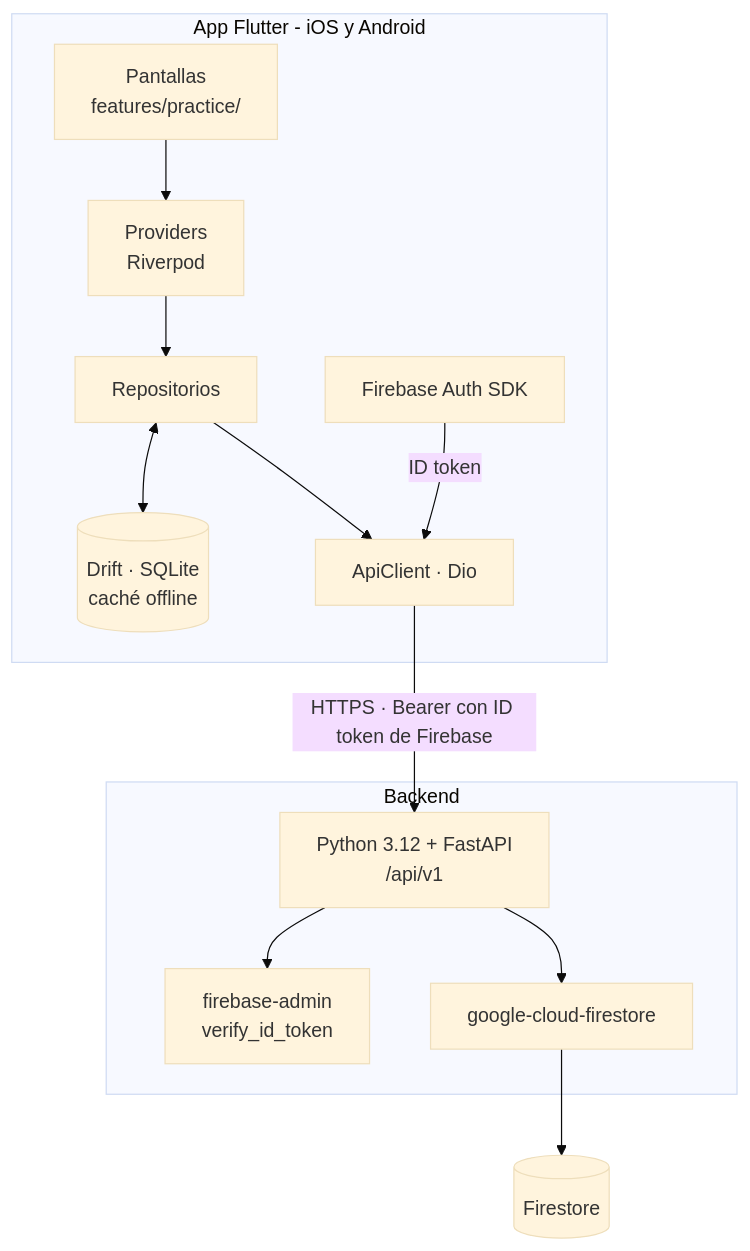
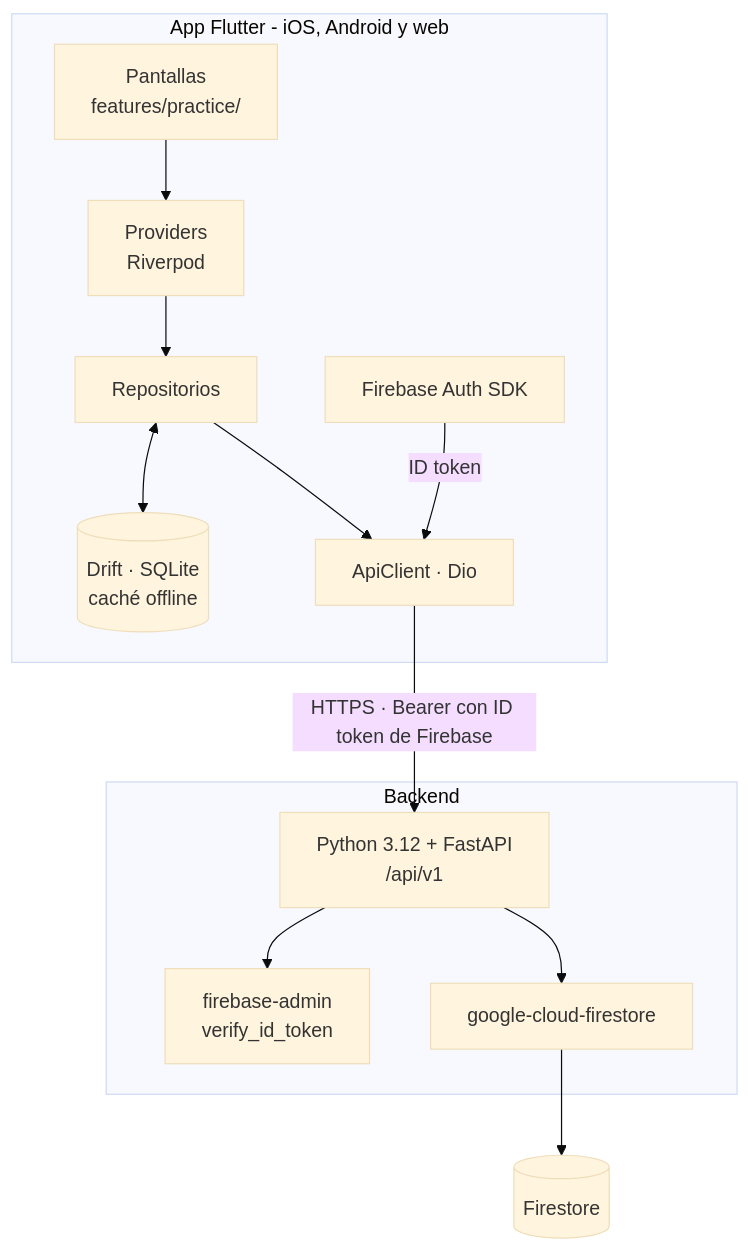
Before and after one commit to Jere4k1080/aprueba_app_modulo_preguntas: the diagram in README.md, drawn with Mermaid (base theme). The commit also changed other lines of this file and 9 other files, not shown here.

````diff
--- a/README.md
+++ b/README.md
@@ -140,29 +147,29 @@
 ```mermaid
 flowchart TD
-    subgraph client["App Flutter - iOS y Android"]
+    subgraph client["App Flutter - iOS, Android y web"]
         UI["Pantallas<br/>features/practice/"]
         PROV["Providers<br/>Riverpod"]
         REPO["Repositorios"]
         CACHE[("Drift · SQLite<br/>caché offline")]
         API["ApiClient · Dio"]
         FBA["Firebase Auth SDK"]
     end
 
     subgraph server["Backend"]
         FASTAPI["Python 3.12 + FastAPI<br/>/api/v1"]
         ADMIN["firebase-admin<br/>verify_id_token"]
         SDK["google-cloud-firestore"]
     end
 
     DB[("Firestore")]
 
     UI --> PROV
     PROV --> REPO
     REPO --> API
     REPO <--> CACHE
     FBA -->|"ID token"| API
     API -->|"HTTPS · Bearer con ID token de Firebase"| FASTAPI
     FASTAPI --> ADMIN
     FASTAPI --> SDK
     SDK --> DB
 ```
````
